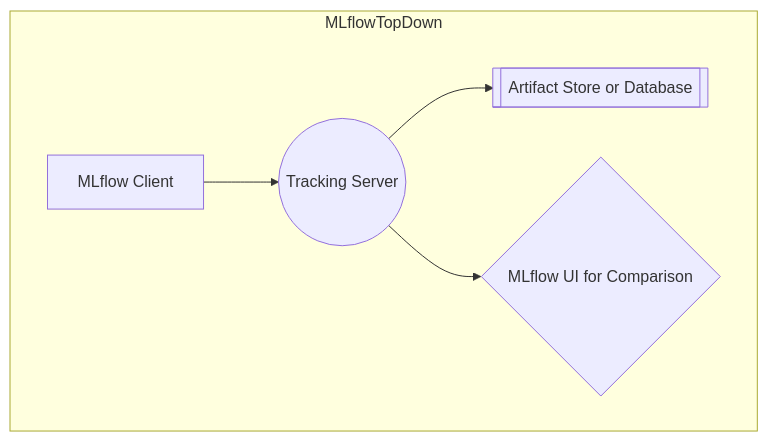
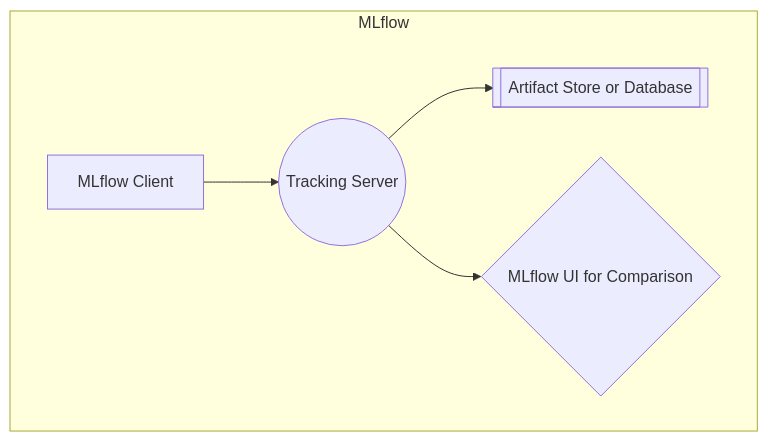
Before and after one commit to nicolad/vadim.blog: the second of 3 diagrams in blog/qlib-mlflow-integration/index.md, drawn with Mermaid. The commit also changed other lines of this file, not shown here.

````diff
--- a/blog/qlib-mlflow-integration/index.md
+++ b/blog/qlib-mlflow-integration/index.md
@@ -81,8 +81,8 @@
 ```mermaid
-flowchart TB
-    subgraph MLflowTopDown
+flowchart TD
+    subgraph MLflow
     A[MLflow Client] --> B((Tracking Server))
     B --> C[[Artifact Store or Database]]
     B --> D{MLflow UI for Comparison}
     end
 ```
````
